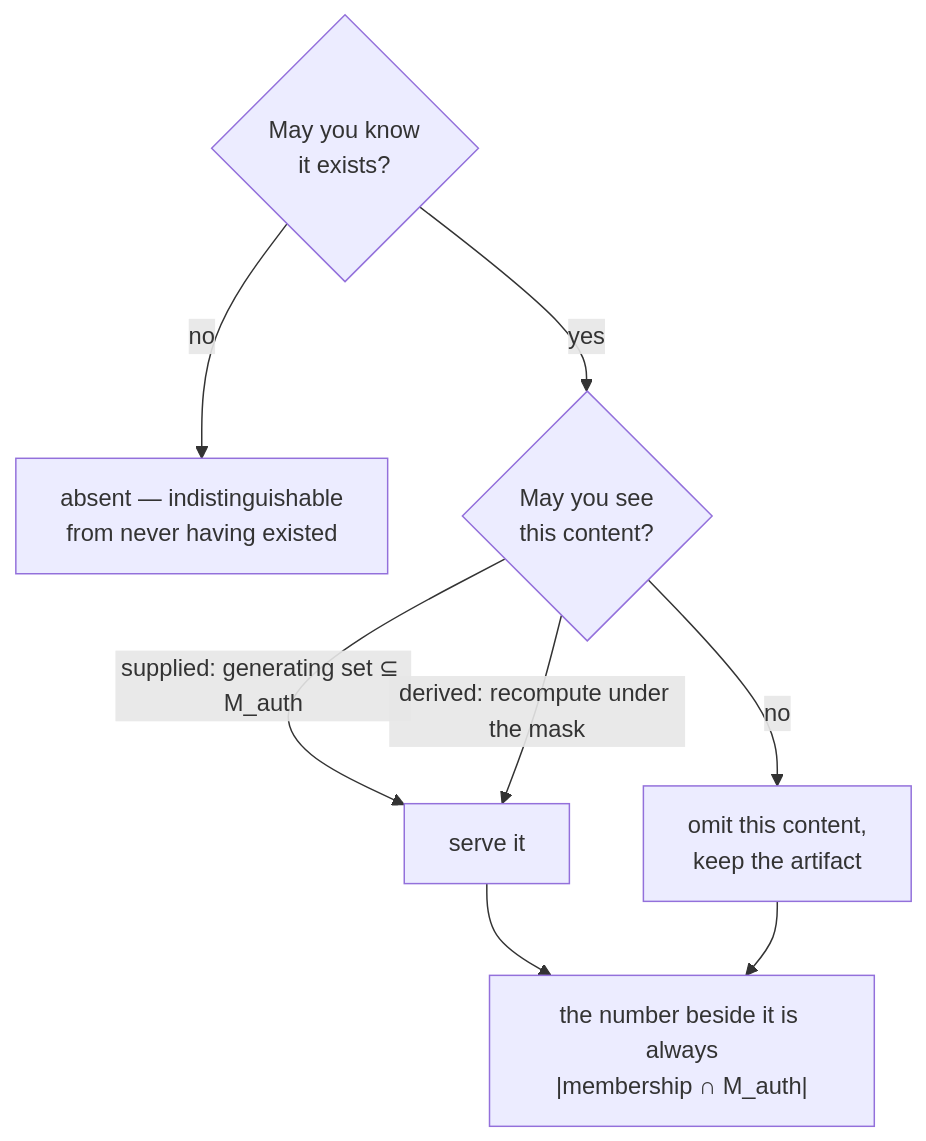
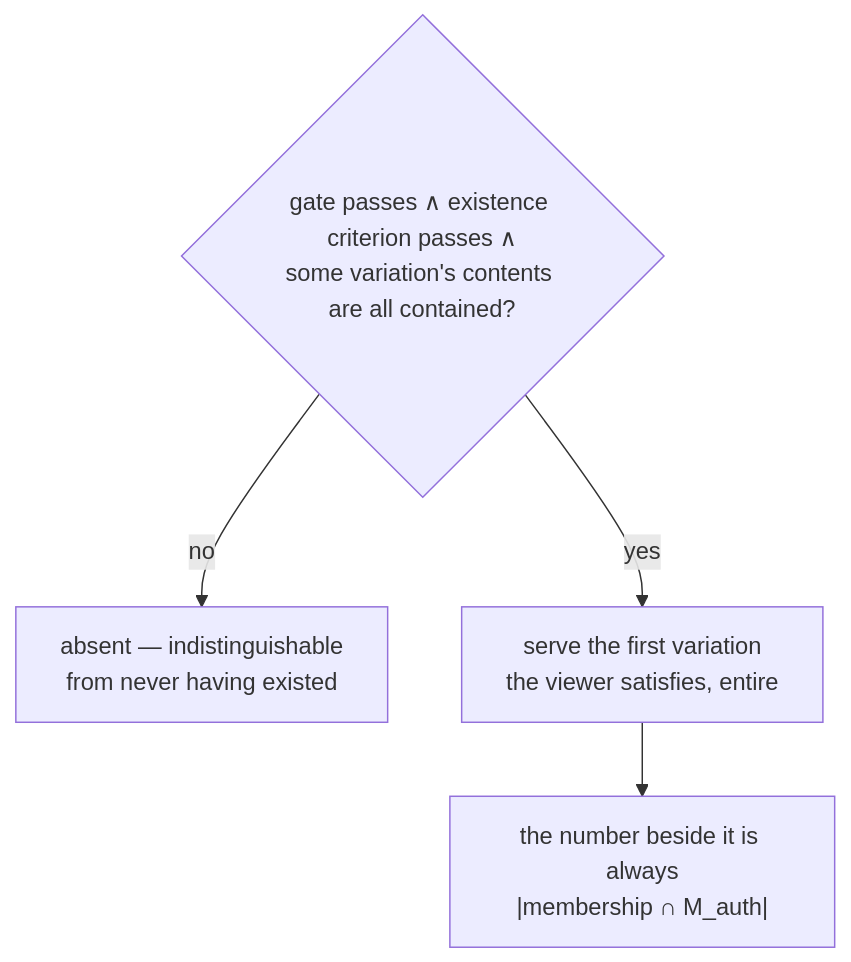
One commit to jennis0/tesseradb changed the second of 3 diagrams in docs/design/annotations.md. Above: the diagram before and after it, drawn with Mermaid. The commit also changed other lines of this file and 4 other files, not shown here.

````diff
--- a/docs/design/annotations.md
+++ b/docs/design/annotations.md
@@ -247,10 +255,7 @@
 ```mermaid
 flowchart TB
-  Q1{"May you know<br/>it exists?"} -->|no| X["absent — indistinguishable<br/>from never having existed"]
-  Q1 -->|yes| Q2{"May you see<br/>this content?"}
-  Q2 -->|"supplied: generating set ⊆ M_auth"| S["serve it"]
-  Q2 -->|"derived: recompute under the mask"| S
-  Q2 -->|no| N["omit this content,<br/>keep the artifact"]
-  S --> Q3["the number beside it is always<br/>|membership ∩ M_auth|"]
-  N --> Q3
+  E{"gate passes ∧ existence criterion passes ∧<br/>some variation's contents are all contained?"}
+  E -->|no| X["absent — indistinguishable<br/>from never having existed"]
+  E -->|yes| S["serve the first variation<br/>the viewer satisfies, entire"]
+  S --> N["the number beside it is always<br/>|membership ∩ M_auth|"]
 ```
````
